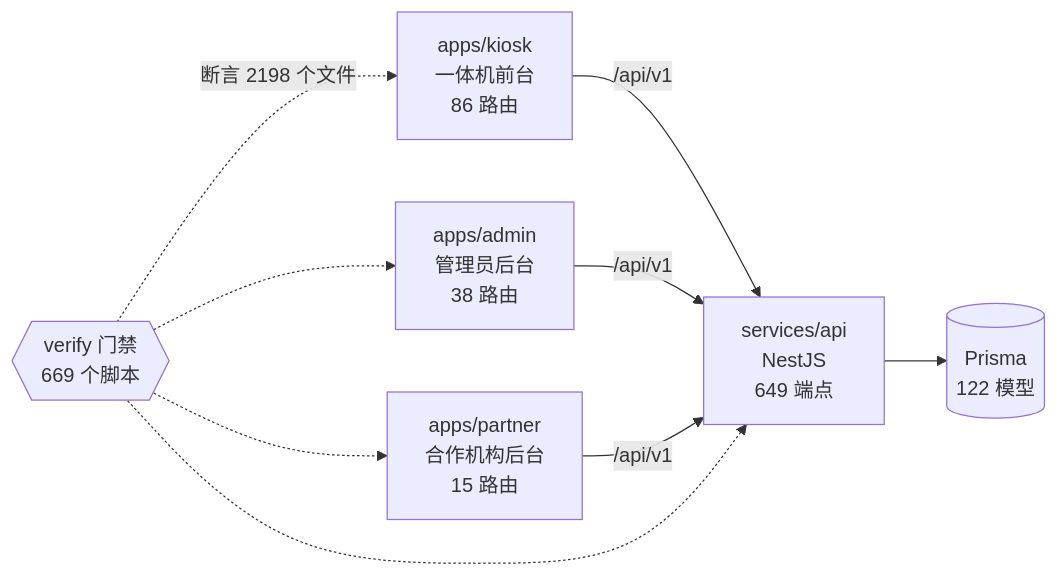
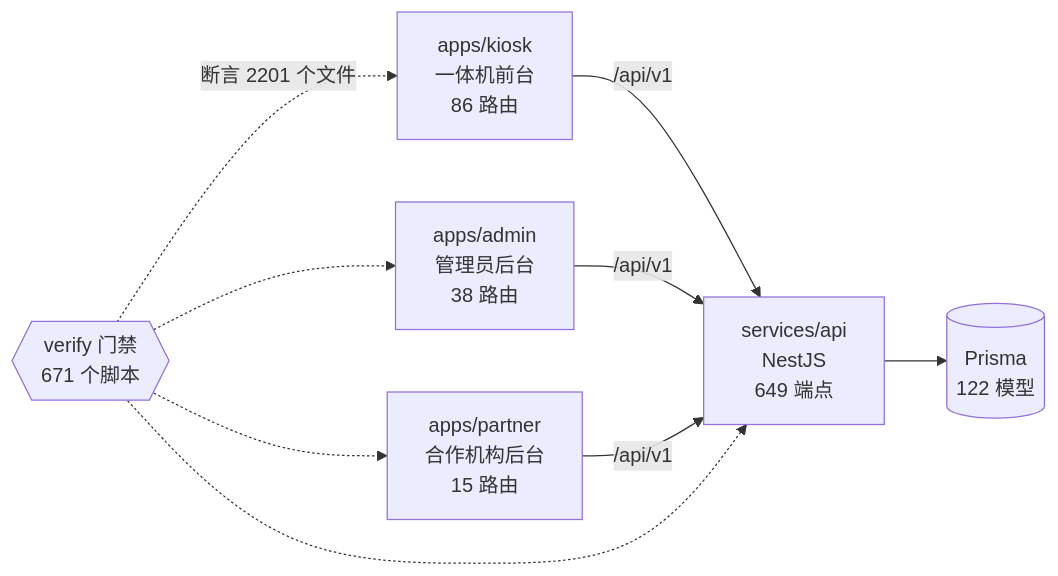
One commit to wanglei581/YITIJI changed the diagram in docs/graph/README.md. Above: the diagram before and after it, drawn with Mermaid. The commit also changed other lines of this file and 40 other files, not shown here.

````diff
--- a/docs/graph/README.md
+++ b/docs/graph/README.md
@@ -68,18 +68,18 @@
 ```mermaid
 flowchart LR
   kiosk["apps/kiosk<br/>一体机前台<br/>86 路由"]
   admin["apps/admin<br/>管理员后台<br/>38 路由"]
   partner["apps/partner<br/>合作机构后台<br/>15 路由"]
   api["services/api<br/>NestJS<br/>649 端点"]
   db[("Prisma<br/>122 模型")]
-  gates{{"verify 门禁<br/>669 个脚本"}}
+  gates{{"verify 门禁<br/>671 个脚本"}}
 
   kiosk -->|"/api/v1"| api
   admin -->|"/api/v1"| api
   partner -->|"/api/v1"| api
   api --> db
-  gates -.->|"断言 2198 个文件"| kiosk
+  gates -.->|"断言 2201 个文件"| kiosk
   gates -.-> admin
   gates -.-> partner
   gates -.-> api
 ```
````
